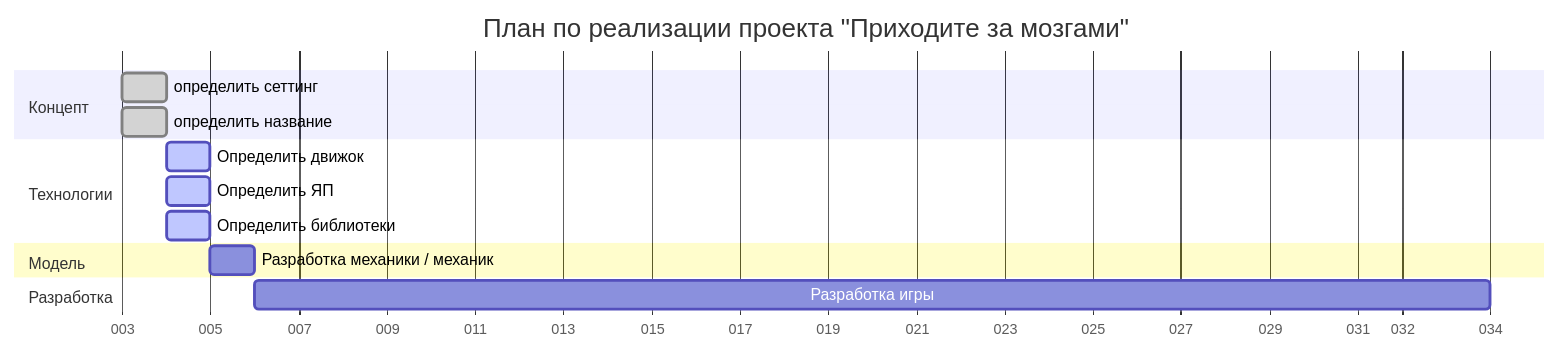
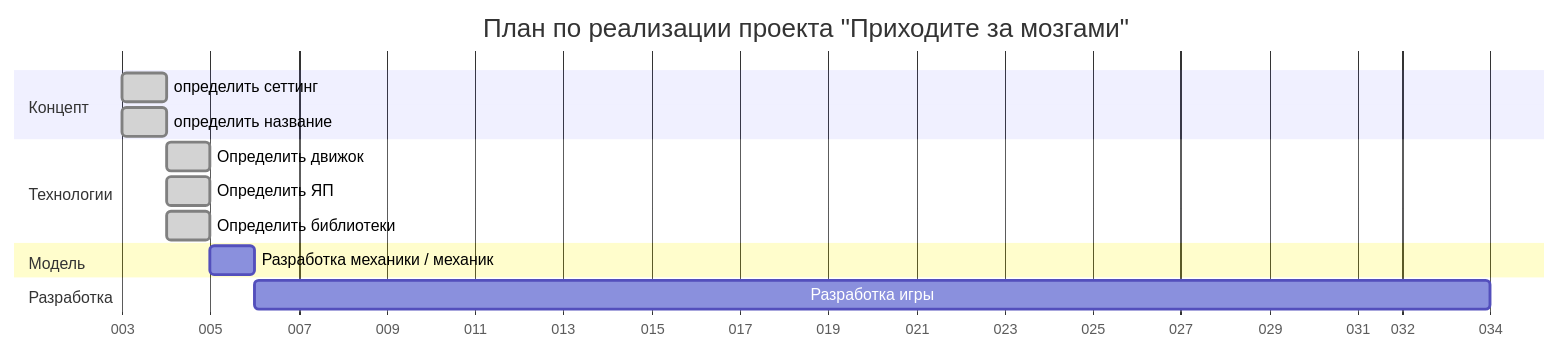
Before and after one commit to DanilaSysoev/ComeForBrains: the diagram in docs/gantt.md, drawn with Mermaid.

Commit message:
Обновил состояния задач

````diff
--- a/docs/gantt.md
+++ b/docs/gantt.md
@@ -1,17 +1,17 @@
 ``` mermaid
 gantt
     title План по реализации проекта "Приходите за мозгами"
     dateFormat MM.DD
     axisFormat %j
     section Концепт
         определить сеттинг: done, 01.03, 1d
         определить название: done, 01.03, 1d
     section Технологии
-        Определить движок: active, 01.04, 1d
-        Определить ЯП: active, 01.04, 1d
-        Определить библиотеки: active, 01.04, 1d
+        Определить движок: done, 01.04, 1d
+        Определить ЯП: done, 01.04, 1d
+        Определить библиотеки: done, 01.04, 1d
     section Модель
         Разработка механики / механик: 01.05, 1d
     section Разработка
         Разработка игры: 01.06, 28d
 ```
````
